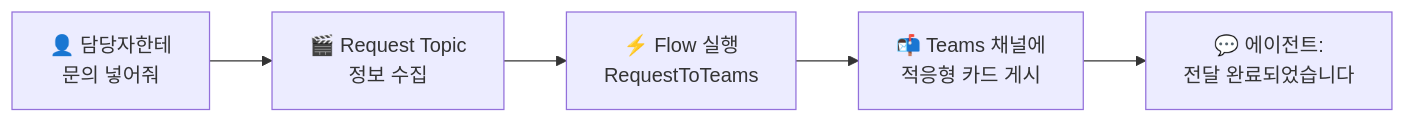
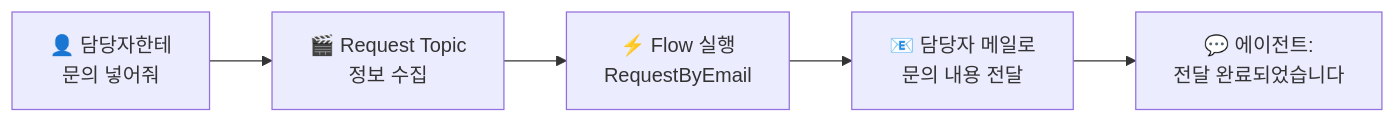
Before and after one commit to microsoft/easycopilotlab: the diagram in docs/m09-flow-card.md, drawn with Mermaid. The commit also changed other lines of this file and 4 other files, not shown here.

````diff
--- a/docs/m09-flow-card.md
+++ b/docs/m09-flow-card.md
@@ -46,7 +46,7 @@
 ```mermaid
 flowchart LR
     A[👤 담당자한테<br>문의 넣어줘] --> B[🎬 Request Topic<br>정보 수집]
-    B --> C[⚡ Flow 실행<br>RequestToTeams]
-    C --> D[📬 Teams 채널에<br>적응형 카드 게시]
+    B --> C[⚡ Flow 실행<br>RequestByEmail]
+    C --> D[📧 담당자 메일로<br>문의 내용 전달]
     D --> E[💬 에이전트:<br>전달 완료되었습니다]
 ```
````
